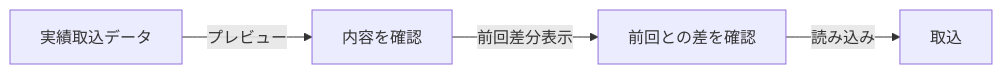
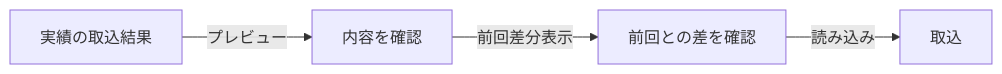
Before and after one commit to suguru789987/rakmy-employee-mgmt-spec: diagram 14 of 15 in 20260803_01_従業員管理_仕様書_PdM版.md, drawn with Mermaid. The commit also changed other lines of this file and 28 other files, not shown here.

````diff
--- a/20260803_01_従業員管理_仕様書_PdM版.md
+++ b/20260803_01_従業員管理_仕様書_PdM版.md
@@ -757,6 +798,6 @@
 ```mermaid
 flowchart LR
-  RD["実績取込データ"] -->|"プレビュー"| P1["内容を確認"]
+  RD["実績の取込結果"] -->|"プレビュー"| P1["内容を確認"]
   P1 -->|"前回差分表示"| P2["前回との差を確認"]
   P2 -->|"読み込み"| P3["取込"]
 ```
````
